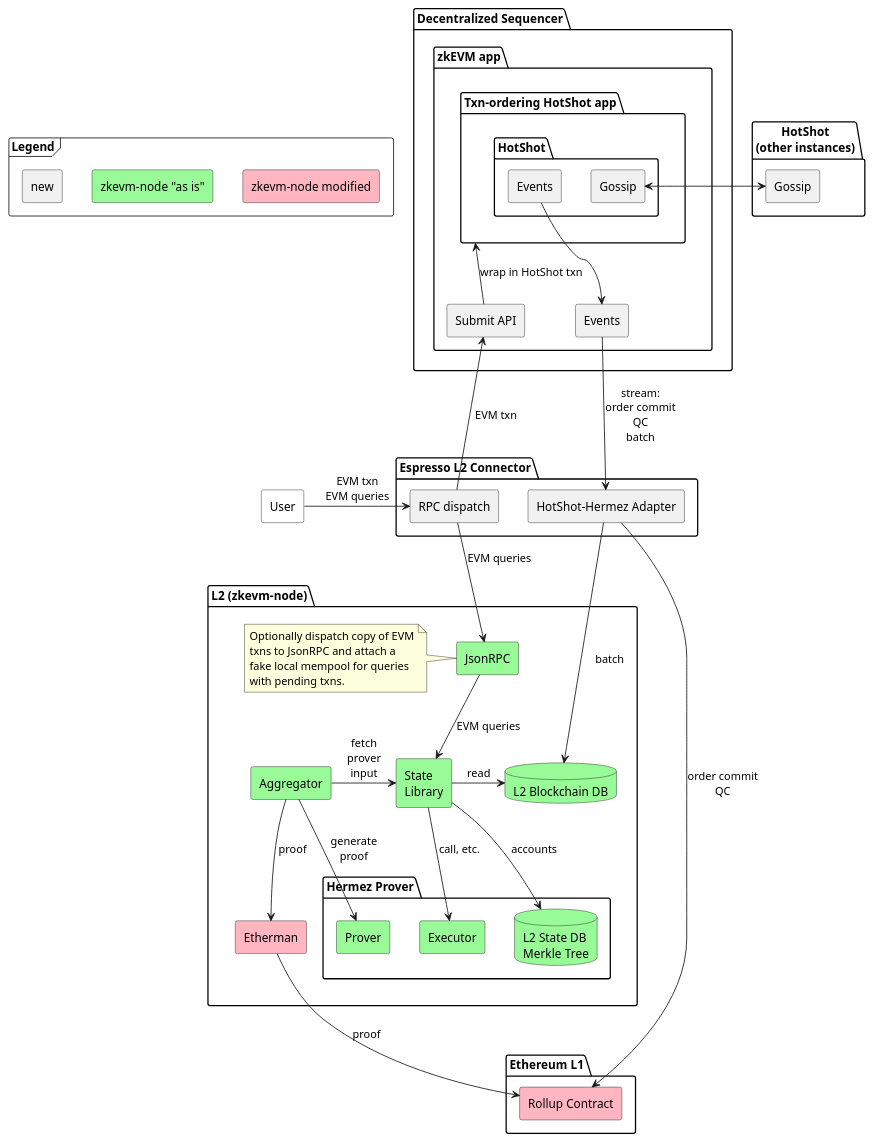
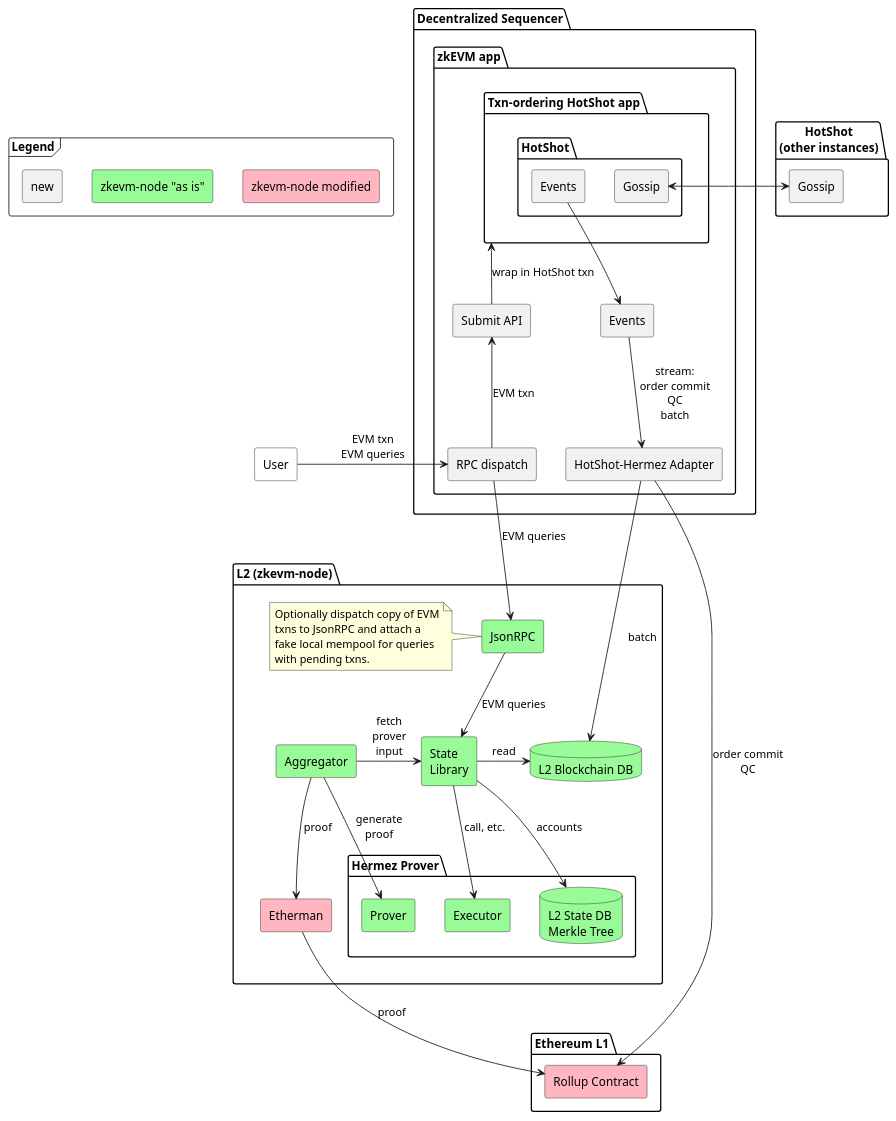
Before and after one commit to EspressoSystems/espresso-sequencer: the diagram in doc/architecture.puml, drawn with PlantUML. The commit also changed 1 other file, not shown here.

Commit message:
Remove L2 connector

```diff
--- a/doc/architecture.puml
+++ b/doc/architecture.puml
@@ -1,98 +1,95 @@
 @startuml
 skinparam componentStyle rectangle
 
 frame Legend {
   component "zkevm-node "as is"" as Original #PaleGreen
   component "zkevm-node modified" as Modified #LightPink
   component "new" as New
 }
 
 New -[hidden]r-> Original
 Original -[hidden]r-> Modified
 
 component User #White
 package "HotShot\n(other instances)" as HotShotExternal {
   component "Gossip" as GossipExternal
 }
 
 package "Decentralized Sequencer" {
   package "zkEVM app" as zkApp {
     component Events
     component "Submit API" as Submit
     package "Txn-ordering HotShot app" as App {
       package HotShot {
         component "Gossip" as GossipInternal
         component "Events" as HotShotEvents
       }
     }
+    component "HotShot-Hermez Adapter" as Adapter
+    component "RPC dispatch" as Dispatch
   }
 }
 
-
-package "Espresso L2 Connector" as Connector {
-  component "HotShot-Hermez Adapter" as Adapter
-  component "RPC dispatch" as Dispatch
-}
 
 package "Ethereum L1" as L1 {
   component "Rollup Contract" as Rollup #LightPink
   ' component "Bridge L1" as BridgeL1 #PaleGreen
 }
 
 
 package "L2 (zkevm-node)" as L2 {
   component JsonRPC #PaleGreen
   note left of JsonRPC
     Optionally dispatch copy of EVM
     txns to JsonRPC and attach a
     fake local mempool for queries
     with pending txns.
   end note
   database L2DB #PaleGreen [
     L2 Blockchain DB
   ]
   package "Hermez Prover" as HermezProver {
     component Prover #PaleGreen
     component Executor #PaleGreen
     database Tree #PaleGreen [
       L2 State DB
       Merkle Tree
     ]
   }
   'component "Bridge L2" as BridgeL2 #PaleGreen
   component Etherman #LightPink
   component Aggregator #PaleGreen
   component "State\nLibrary" as State #PaleGreen
 }
 
 User -> Dispatch: EVM txn\nEVM queries
 'positions the User box in a better place
 User -[hidden]> L2
 
 Dispatch --> JsonRPC: EVM queries
 Dispatch -up-> Submit: EVM txn
 
 GossipInternal <-> GossipExternal
 
 Events --> Adapter: stream:\norder commit\nQC\nbatch
 
 Adapter -> L2DB: batch
 Adapter -> Rollup: order commit\nQC
 
 JsonRPC --> State: EVM queries
 
 State -> L2DB: read
 State --> Tree: accounts
 State --> Executor: call, etc.
 
 Aggregator -> State: fetch\nprover\ninput
 Aggregator --> Etherman: proof
 Aggregator -> Prover: generate\nproof
 Etherman --> Rollup: proof
 
 ' Prover ..> BridgeL2
 ' User --> BridgeL1
 Submit -up-> App: wrap in HotShot txn
 HotShotEvents -down-> Events
 
 @enduml
```
